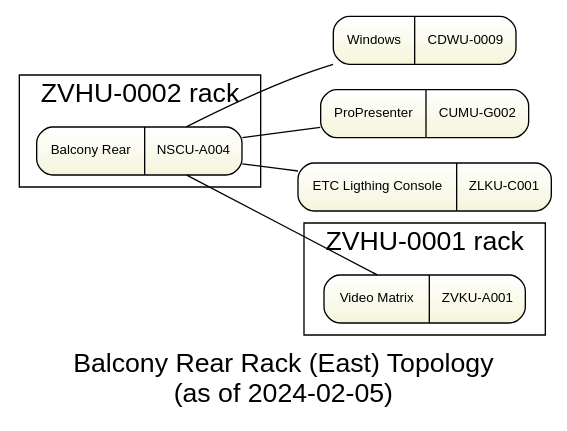
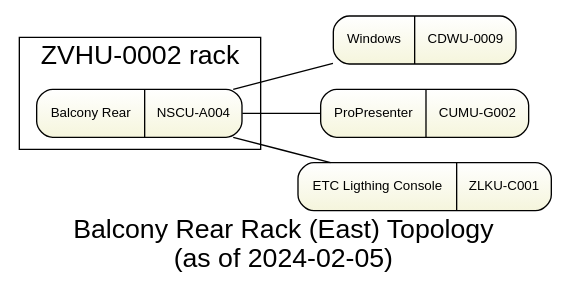
Before and after one commit to avmaint/uactechdoc: the seventh of 8 diagrams in SystemDesignNetwork.qmd, drawn with Graphviz. The commit also changed other lines of this file and 25 other files, not shown here.

````diff
--- a/SystemDesignNetwork.qmd
+++ b/SystemDesignNetwork.qmd
@@ -458,34 +461,30 @@
 ```{dot rre}
 graph bfs { 
   
 graph [overlap = true, fontsize = 20, 
       label="Balcony Rear Rack (East) Topology\n(as of 2024-02-05)",
       fontname = Helvetica, bgcolor=white, rankdir=LR
       ]
  
 node [shape = Mrecord style=filled , fillcolor="white:beige"  , fontsize = 10,
       gradientangle=270 fontname = Helvetica ]
   
 subgraph cluster_zvhu0002 { label="ZVHU-0002 rack"  
                               tooltip="Front desk Rack"
         balconyrear [label="{Balcony Rear|NSCU-A004}", 
                       tooltip="Cisco "]
   }
 
 cdwu0009 [label="{Windows|CDWU-0009}", tooltip="CDWU-0009 Windows"]
 cumug002 [label="{ProPresenter|CUMU-G002}", tooltip="Apple Mac Studio "]
 ZLKUC001 [label="{ETC Ligthing Console|ZLKU-C001}"]
 
 subgraph cluster_zvhu0001 { label="ZVHU-0001 rack"  
                             tooltip="Front Desk Rack"
-        zvkua001     [label="{Video Matrix|ZVKU-A001}", 
-                  tooltip=" Kramer VS88-DT"] 
-  }
+          }
 
 balconyrear -- cdwu0009
- 
 balconyrear -- cumug002
-balconyrear -- zvkua001
 balconyrear -- ZLKUC001
 } 
 ```
````
